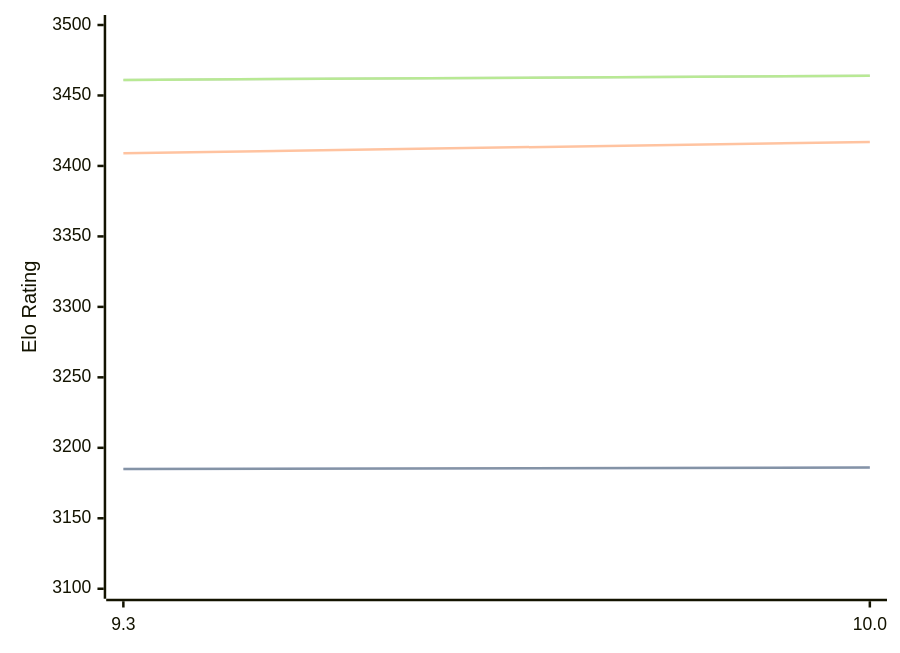
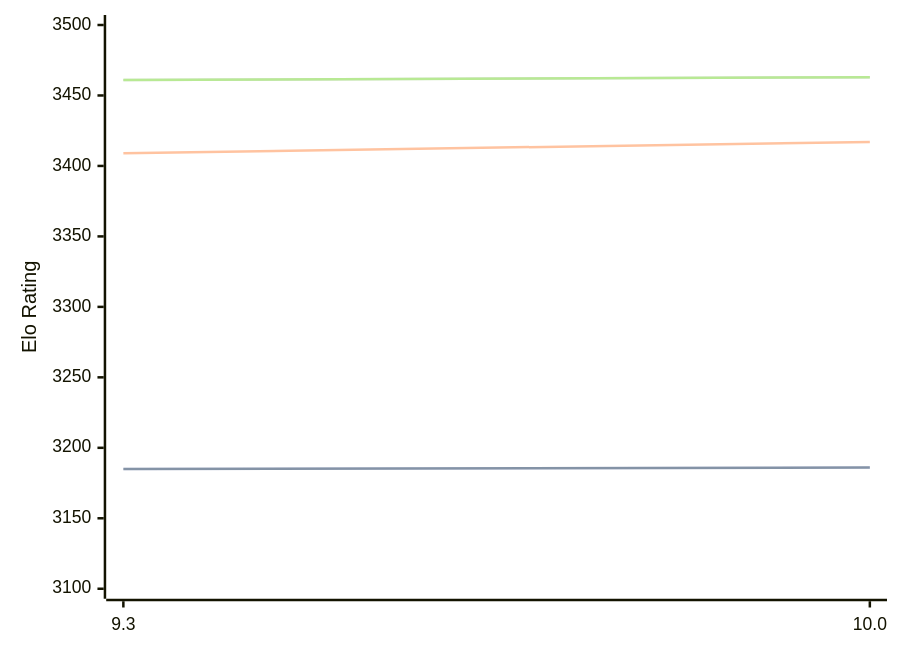
The diagram in engines/Fire.md (computer-chess-index/cci), drawn with Mermaid before and after one commit. The commit also changed other lines of this file, not shown here.

Commit message:
Update CCI Ratings (ELO VLTC) - 2026-03-14

````diff
--- a/engines/Fire.md
+++ b/engines/Fire.md
@@ -45,11 +45,11 @@
 ```mermaid
 %%{init: {"theme":"base","themeVariables":{"seriesColors:['#a3a3a3','#222221','#faa371']}}}%%
 xychart-beta
   x-axis ["9.3", "10.0"]
   y-axis "Elo Rating" 3100 --> 3500
   line "STC (8.0+0.08s)" [3185, 3186]
   line "STC (8.0+0.08s)" [3185, 3186]
   line "LTC (60.0+0.60s)" [3409, 3417]
-  line "VLTC (2m24s+1.12s)" [3461, 3464]
-  line "VLTC (2m24s+1.12s)" [3461, 3464]
+  line "VLTC (2m24s+1.12s)" [3461, 3463]
+  line "VLTC (2m24s+1.12s)" [3461, 3463]
 ```
````
